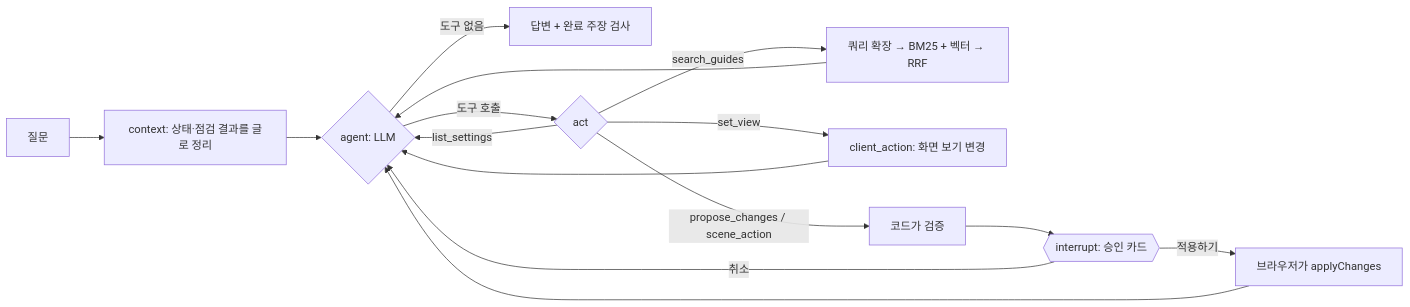
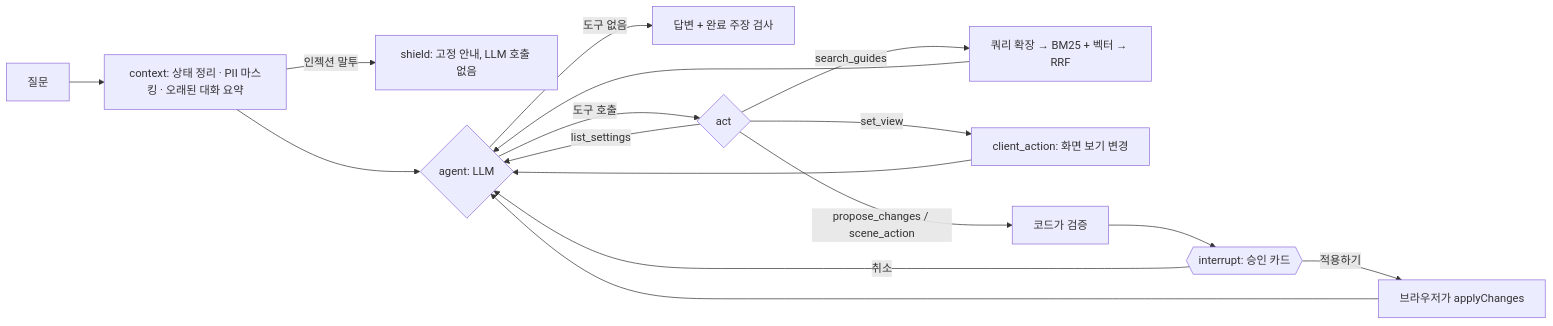
Before and after one commit to vvega-a/desk-simulator: the second of 2 diagrams in README.md, drawn with Mermaid. The commit also changed other lines of this file and 11 other files, not shown here.

First line of the commit message:
Add PII masking, prompt-injection shield and history summary

````diff
--- a/README.md
+++ b/README.md
@@ -43,12 +43,14 @@
 ```mermaid
 flowchart LR
-  Q[질문] --> C[context: 상태·점검 결과를 글로 정리] --> A{agent: LLM}
+  Q[질문] --> C[context: 상태 정리 · PII 마스킹 · 오래된 대화 요약]
+  C -- 인젝션 말투 --> SH[shield: 고정 안내, LLM 호출 없음]
+  C --> A{agent: LLM}
   A -- 도구 없음 --> E[답변 + 완료 주장 검사]
   A -- 도구 호출 --> T{act}
   T -- list_settings --> A
   T -- search_guides --> RG[쿼리 확장 → BM25 + 벡터 → RRF] --> A
   T -- set_view --> R[client_action: 화면 보기 변경] --> A
   T -- propose_changes / scene_action --> VAL[코드가 검증] --> H{{interrupt: 승인 카드}}
   H -- 적용하기 --> AP[브라우저가 applyChanges] --> A
   H -- 취소 --> A
 ```
````
